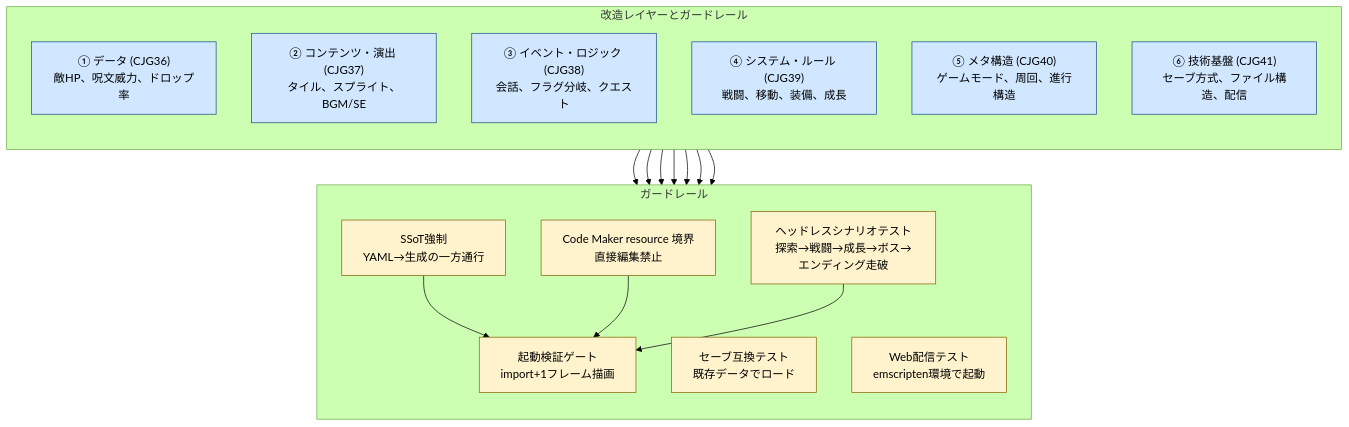
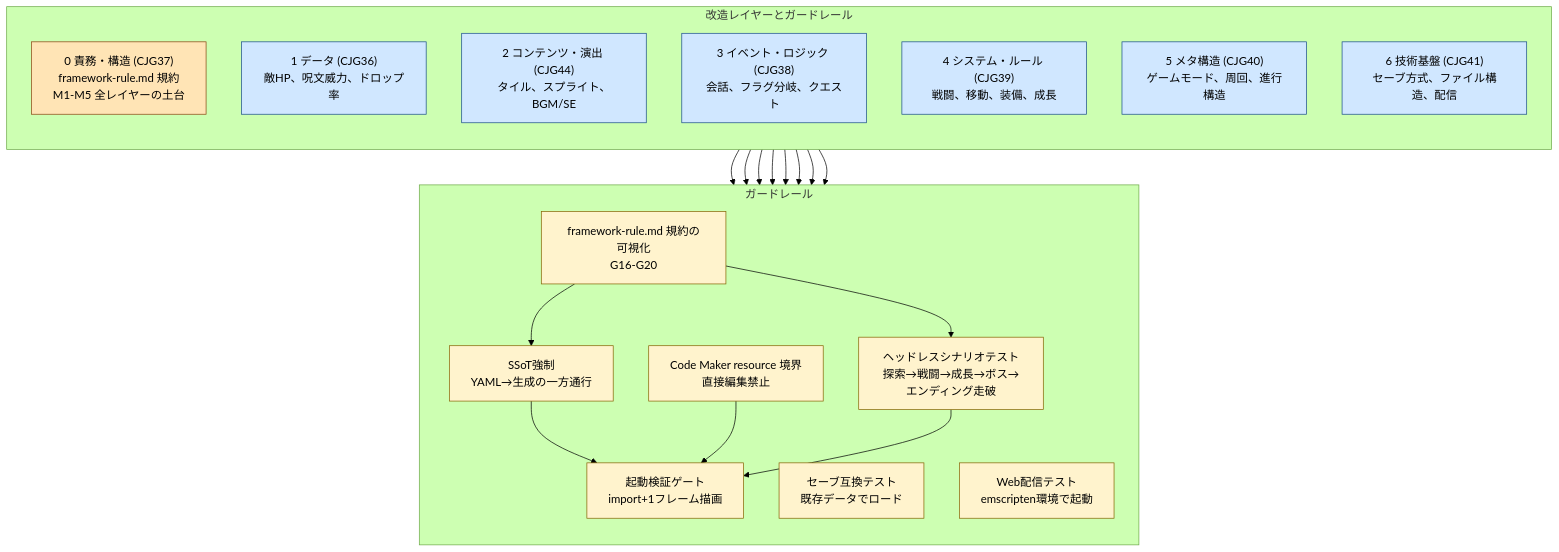
One commit to tatsuro-ueda/code-quest-pyxel changed the diagram in docs/product-requirements-guardrails.md. Above: the diagram before and after it, drawn with Mermaid (forest theme). The commit also changed other lines of this file and 1 other file, not shown here.

First line of the commit message:
docs(guardrails): rewrite PRD to align with framework-rule.md M1-M5 and current repo layout

````diff
--- a/docs/product-requirements-guardrails.md
+++ b/docs/product-requirements-guardrails.md
@@ -80,39 +84,46 @@
 ```mermaid
 flowchart TB
     subgraph LAYERS["改造レイヤーとガードレール"]
         direction TB
-        L1["① データ (CJG36)<br/>敵HP、呪文威力、ドロップ率"]
-        L2["② コンテンツ・演出 (CJG37)<br/>タイル、スプライト、BGM/SE"]
-        L3["③ イベント・ロジック (CJG38)<br/>会話、フラグ分岐、クエスト"]
-        L4["④ システム・ルール (CJG39)<br/>戦闘、移動、装備、成長"]
-        L5["⑤ メタ構造 (CJG40)<br/>ゲームモード、周回、進行構造"]
-        L6["⑥ 技術基盤 (CJG41)<br/>セーブ方式、ファイル構造、配信"]
+        L0["0 責務・構造 (CJG37)<br/>framework-rule.md 規約<br/>M1-M5 全レイヤーの土台"]
+        L1["1 データ (CJG36)<br/>敵HP、呪文威力、ドロップ率"]
+        L2["2 コンテンツ・演出 (CJG44)<br/>タイル、スプライト、BGM/SE"]
+        L3["3 イベント・ロジック (CJG38)<br/>会話、フラグ分岐、クエスト"]
+        L4["4 システム・ルール (CJG39)<br/>戦闘、移動、装備、成長"]
+        L5["5 メタ構造 (CJG40)<br/>ゲームモード、周回、進行構造"]
+        L6["6 技術基盤 (CJG41)<br/>セーブ方式、ファイル構造、配信"]
     end
 
     subgraph GUARDS["ガードレール"]
         direction TB
+        G0["framework-rule.md 規約の可視化<br/>G16-G20"]
         G1["SSoT強制<br/>YAML→生成の一方通行"]
         G2["Code Maker resource 境界<br/>直接編集禁止"]
         G3["ヘッドレスシナリオテスト<br/>探索→戦闘→成長→ボス→エンディング走破"]
         G4["起動検証ゲート<br/>import+1フレーム描画"]
         G5["セーブ互換テスト<br/>既存データでロード"]
         G6["Web配信テスト<br/>emscripten環境で起動"]
     end
 
+    L0 --> G0
     L1 --> G1
     L2 --> G2
     L3 --> G3
     L4 --> G3
     L4 --> G4
     L5 --> G5
     L6 --> G6
+    G0 --> G1
+    G0 --> G3
     G1 --> G4
     G2 --> G4
     G3 --> G4
 
     classDef layer fill:#d0e7ff,stroke:#1a4e8a,color:#000000;
+    classDef foundation fill:#ffe4b5,stroke:#8b4513,color:#000000;
     classDef guard fill:#fff3cd,stroke:#856404,color:#000000;
 
     class L1,L2,L3,L4,L5,L6 layer;
-    class G1,G2,G3,G4,G5,G6 guard;
+    class L0 foundation;
+    class G0,G1,G2,G3,G4,G5,G6 guard;
 ```
````
